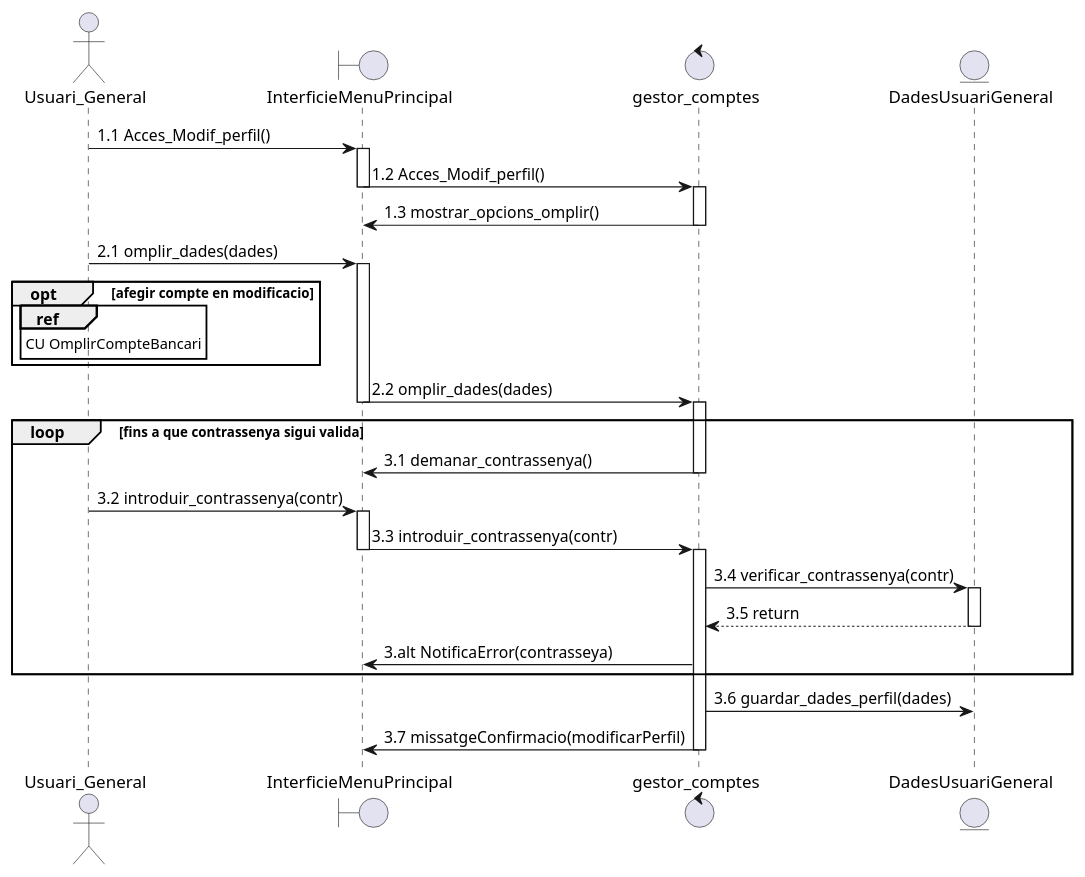
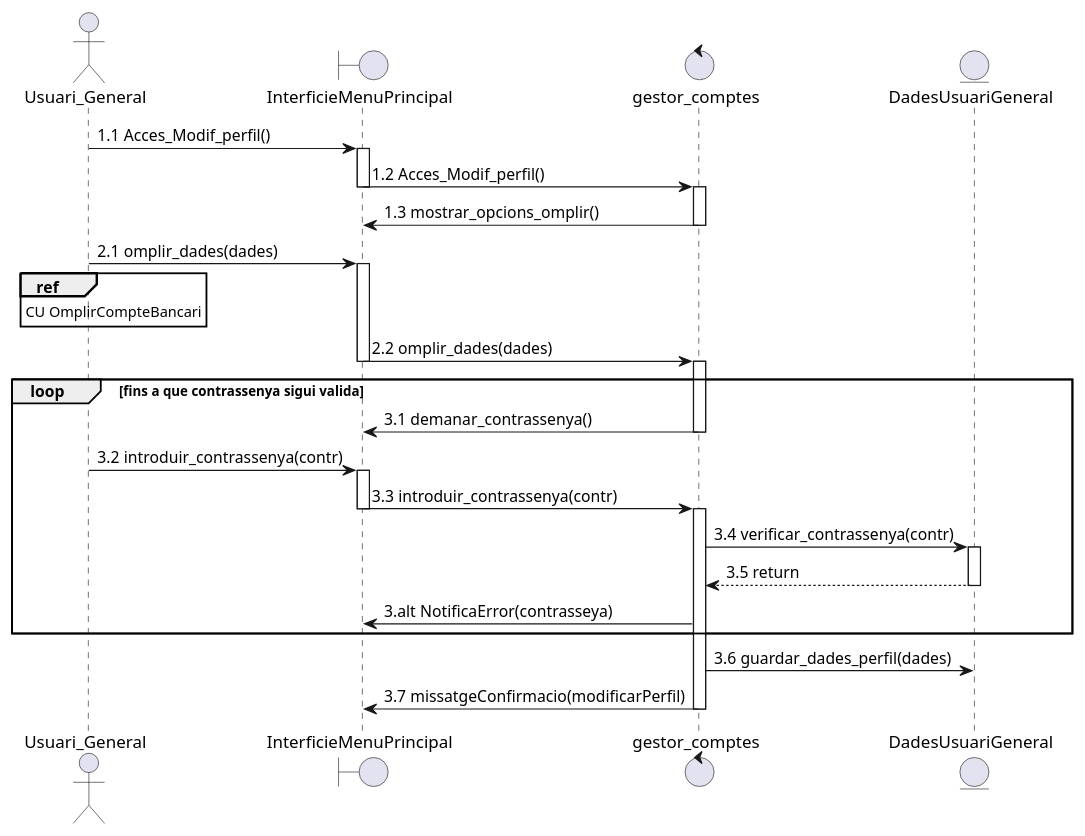
The diagram in documents/Diagrames i Especificacions/Seqüencia/ALEJANDRO/6- Modificar perfil.puml (martipages/ES23UAB431-02), drawn with PlantUML before and after one commit. The commit also changed 6 other files, not shown here.

```diff
--- a/documents/Diagrames i Especificacions/Seqüencia/ALEJANDRO/6- Modificar perfil.puml
+++ b/documents/Diagrames i Especificacions/Seqüencia/ALEJANDRO/6- Modificar perfil.puml
@@ -1,30 +1,28 @@
 @startuml
 
 actor Usuari_General as Usuari
 boundary InterficieMenuPrincipal as interficie
 control gestor_comptes as gestor
 entity DadesUsuariGeneral as dades
 
 Usuari -> interficie ++ : 1.1 Acces_Modif_perfil()
 interficie -> gestor --++ : 1.2 Acces_Modif_perfil()
 gestor -> interficie-- : 1.3 mostrar_opcions_omplir()
 
 Usuari -> interficie ++ : 2.1 omplir_dades(dades)
-opt afegir compte en modificacio
 ref over Usuari : CU OmplirCompteBancari
-end
 interficie -> gestor --++ : 2.2 omplir_dades(dades)
 
 loop fins a que contrassenya sigui valida
 gestor -> interficie -- : 3.1 demanar_contrassenya()
 Usuari -> interficie ++  : 3.2 introduir_contrassenya(contr)
 interficie -> gestor --++ : 3.3 introduir_contrassenya(contr)
 gestor -> dades ++ : 3.4 verificar_contrassenya(contr)
 dades --> gestor -- : 3.5 return
 gestor -> interficie : 3.alt NotificaError(contrasseya)
 end
 gestor -> dades : 3.6 guardar_dades_perfil(dades)
 gestor -> interficie -- : 3.7 missatgeConfirmacio(modificarPerfil)
 
 
 @enduml
```
